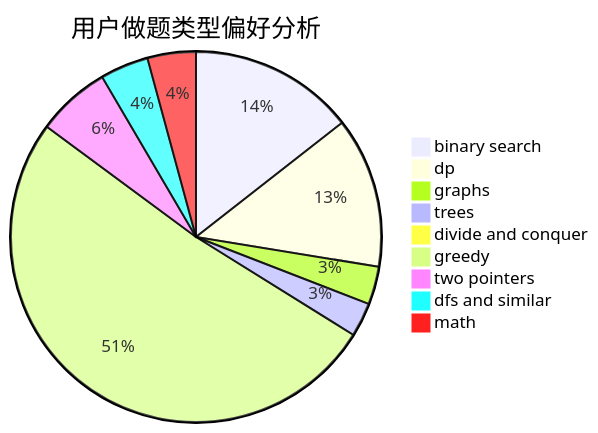
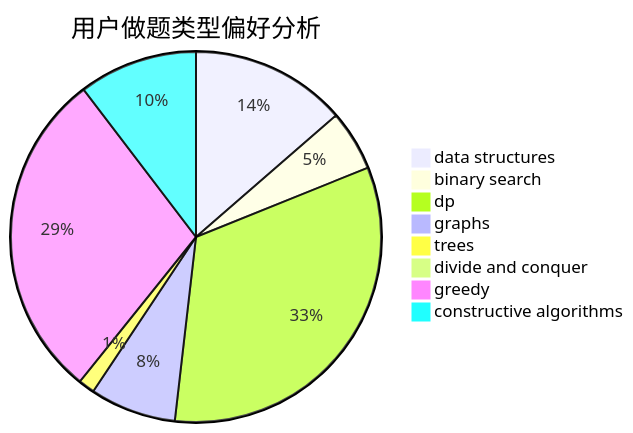
Before and after one commit to sherpahu/cfrs.github.io: the second of 3 diagrams in docs/user/u1938.md, drawn with Mermaid. The commit also changed other lines of this file and 2775 other files, not shown here.

````diff
--- a/docs/user/u1938.md
+++ b/docs/user/u1938.md
@@ -23,12 +23,11 @@
 ```mermaid
 pie title 用户做题类型偏好分析
-    "binary search" :  301
-    "dp" :  274
-    "graphs" :  69
-    "trees" :  62
-    "divide and conquer" :  7
-    "greedy" :  1069
-    "two pointers" :  134
-    "dfs and similar" :  88
-    "math" :  88
+    "data structures" :  67
+    "binary search" :  26
+    "dp" :  162
+    "graphs" :  37
+    "trees" :  7
+    "divide and conquer" :  0
+    "greedy" :  142
+    "constructive algorithms" :  51
 ```
````
